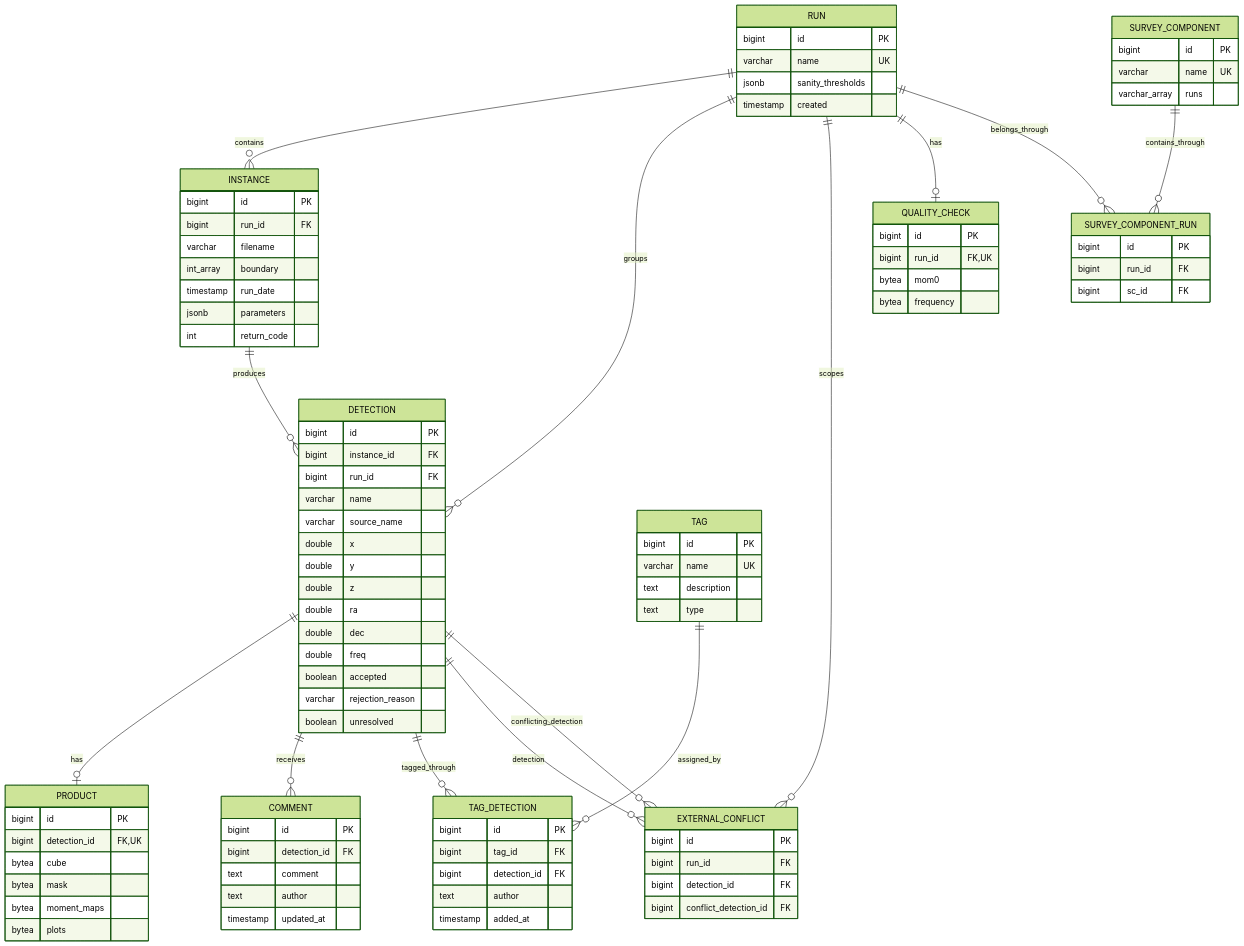
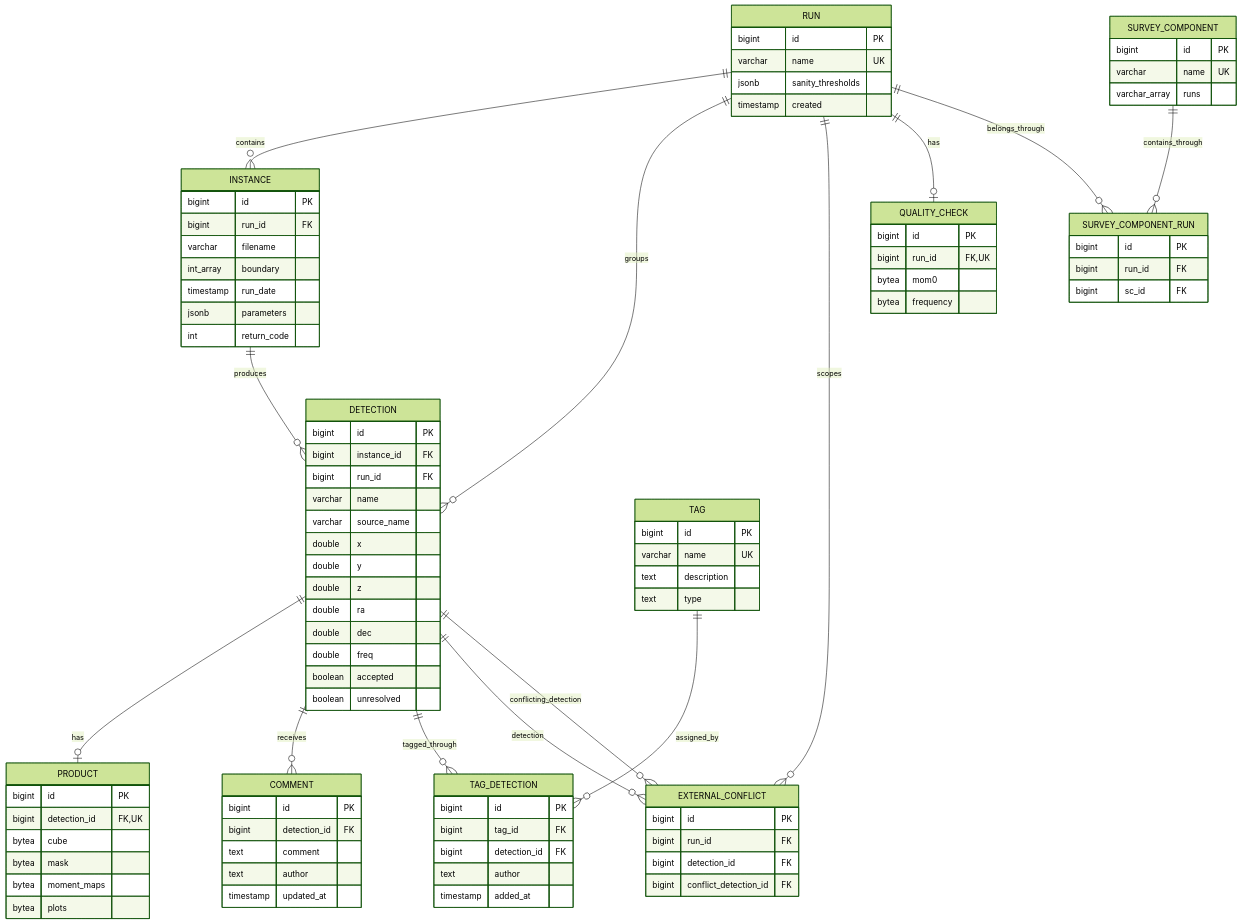
One commit to AusSRC/SoFiAX_services changed the first of 3 diagrams in docs/database-schema.md. Above: the diagram before and after it, drawn with Mermaid (forest theme). The commit also changed other lines of this file and 18 other files, not shown here.

```diff
--- a/docs/database-schema.md
+++ b/docs/database-schema.md
@@ -38,7 +38,6 @@
         double dec
         double freq
         boolean accepted
-        varchar rejection_reason
         boolean unresolved
     }
     PRODUCT {
```
